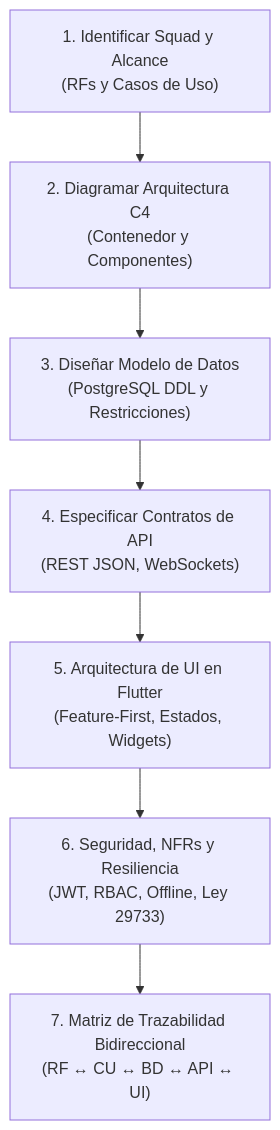
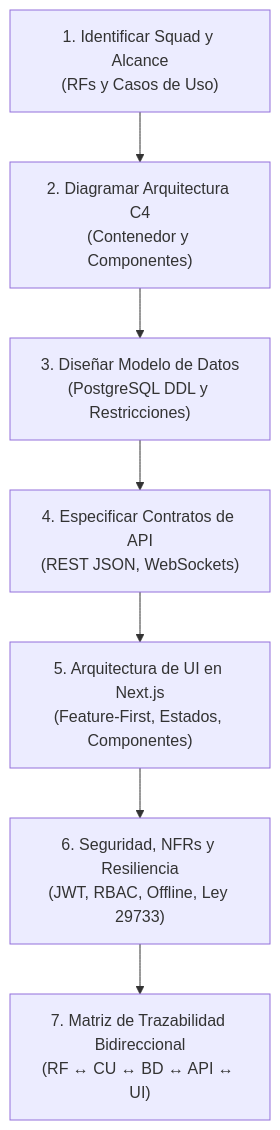
The diagram in .agents/skills/sdd-authoring/SKILL.md (Eduardo-Sebastian-Paipay-Vega/school-management-system), drawn with Mermaid before and after one commit. The commit also changed other lines of this file and 38 other files, not shown here.

````diff
--- a/.agents/skills/sdd-authoring/SKILL.md
+++ b/.agents/skills/sdd-authoring/SKILL.md
@@ -28,9 +28,9 @@
 ```mermaid
 flowchart TD
     P1["1. Identificar Squad y Alcance<br/>(RFs y Casos de Uso)"] --> P2["2. Diagramar Arquitectura C4<br/>(Contenedor y Componentes)"]
     P2 --> P3["3. Diseñar Modelo de Datos<br/>(PostgreSQL DDL y Restricciones)"]
     P3 --> P4["4. Especificar Contratos de API<br/>(REST JSON, WebSockets)"]
-    P4 --> P5["5. Arquitectura de UI en Flutter<br/>(Feature-First, Estados, Widgets)"]
+    P4 --> P5["5. Arquitectura de UI en Next.js<br/>(Feature-First, Estados, Componentes)"]
     P5 --> P6["6. Seguridad, NFRs y Resiliencia<br/>(JWT, RBAC, Offline, Ley 29733)"]
     P6 --> P7["7. Matriz de Trazabilidad Bidireccional<br/>(RF ↔ CU ↔ BD ↔ API ↔ UI)"]
 ```
````
